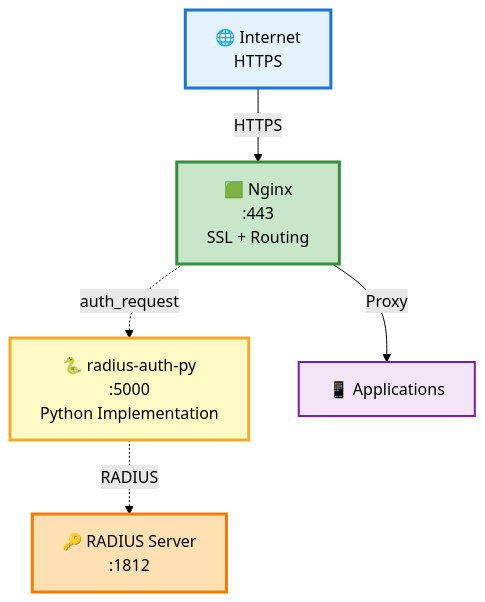
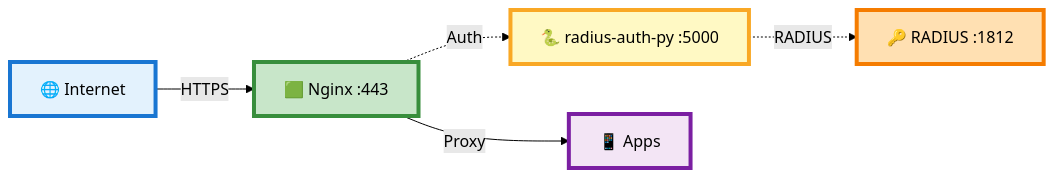
Before and after one commit to okigan/revproxauth: the fourth of 4 diagrams in README.md, drawn with Mermaid (forest theme). The commit also changed other lines of this file, not shown here.

First line of the commit message:
Refactor README mermaid diagrams: switch to LR layout, simplify nodes & unify styling

````diff
--- a/README.md
+++ b/README.md
@@ -154,19 +154,19 @@
 ```mermaid
-graph TB
-    Internet["🌐 Internet<br/>HTTPS"]
-    Nginx["🟩 Nginx<br/>:443<br/>SSL + Routing"]
-    AuthPy["🐍 radius-auth-py<br/>:5000<br/>Python Implementation"]
-    RADIUS["🔑 RADIUS Server<br/>:1812"]
-    Apps["📱 Applications"]
+graph LR
+    A["🌐 Internet"] 
+    B["🟩 Nginx :443"]
+    C["🐍 radius-auth-py :5000"]
+    D["🔑 RADIUS :1812"]
+    E["📱 Apps"]
     
-    Internet -->|HTTPS| Nginx
-    Nginx -.->|auth_request| AuthPy
-    AuthPy -.->|RADIUS| RADIUS
-    Nginx -->|Proxy| Apps
+    A -->|HTTPS| B
+    B -.->|Auth| C
+    C -.->|RADIUS| D
+    B -->|Proxy| E
     
-    style Internet fill:#e3f2fd,stroke:#1976d2,stroke-width:3px
-    style Nginx fill:#c8e6c9,stroke:#388e3c,stroke-width:3px
-    style AuthPy fill:#fff9c4,stroke:#f9a825,stroke-width:3px
-    style RADIUS fill:#ffe0b2,stroke:#f57c00,stroke-width:3px
-    style Apps fill:#f3e5f5,stroke:#7b1fa2,stroke-width:2px
+    style A fill:#e3f2fd,stroke:#1976d2,stroke-width:4px,color:#000
+    style B fill:#c8e6c9,stroke:#388e3c,stroke-width:4px,color:#000
+    style C fill:#fff9c4,stroke:#f9a825,stroke-width:4px,color:#000
+    style D fill:#ffe0b2,stroke:#f57c00,stroke-width:4px,color:#000
+    style E fill:#f3e5f5,stroke:#7b1fa2,stroke-width:4px,color:#000
 ```
````
